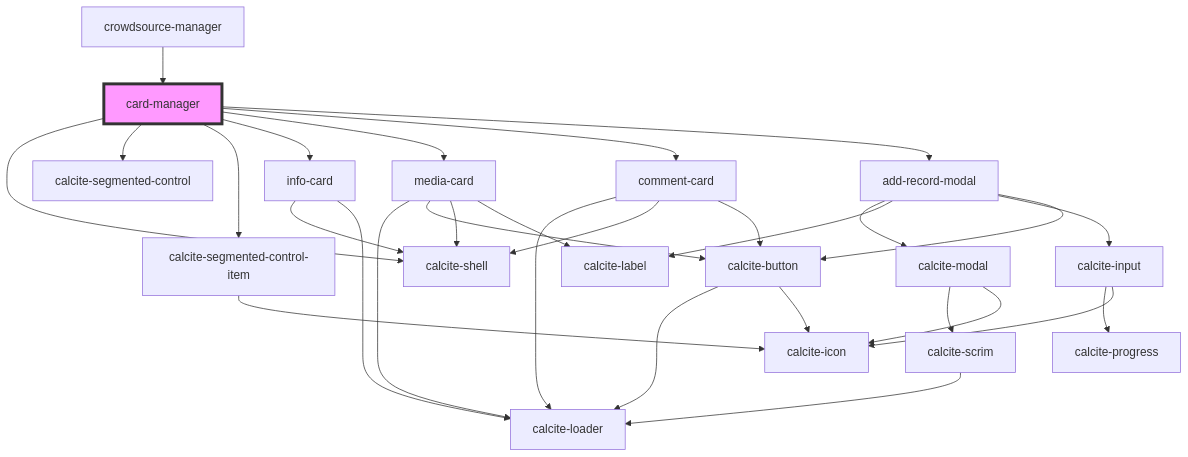
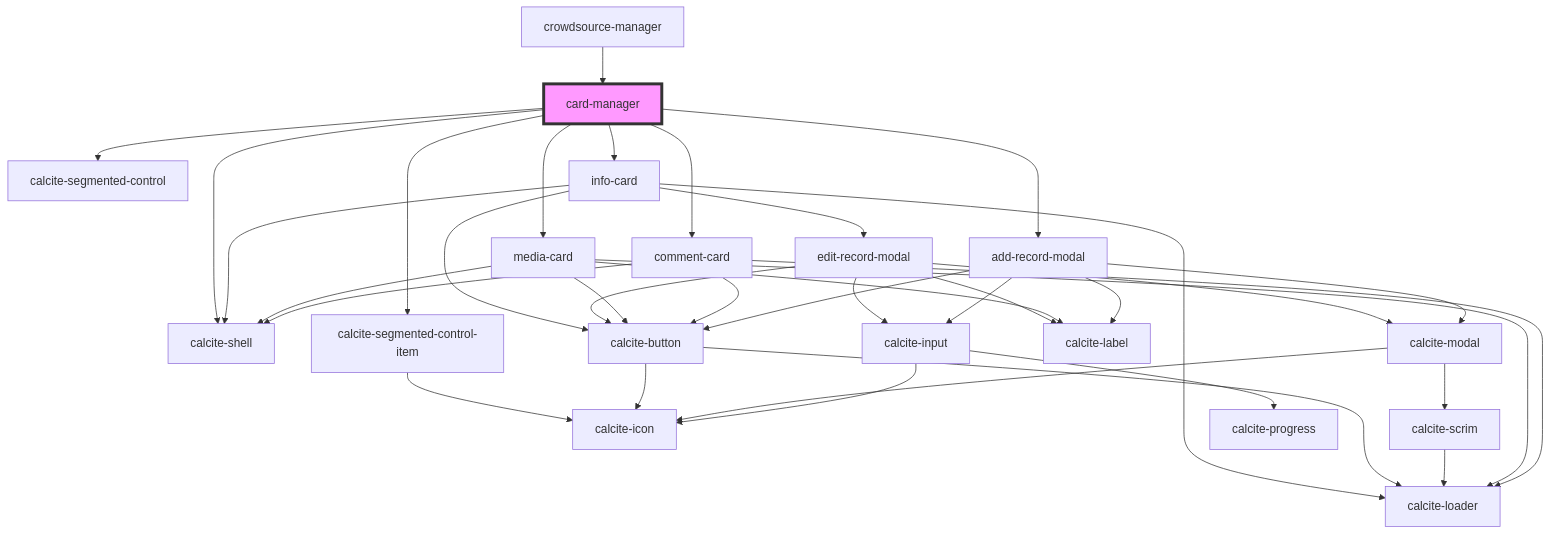
The diagram in src/components/card-manager/readme.md (Esri/solutions-components), drawn with Mermaid before and after one commit. The commit also changed 9 other files, not shown here.

Commit message:
add edit button

````diff
--- a/src/components/card-manager/readme.md
+++ b/src/components/card-manager/readme.md
@@ -35,33 +35,39 @@
 ```mermaid
 graph TD;
   card-manager --> calcite-shell
   card-manager --> calcite-segmented-control
   card-manager --> calcite-segmented-control-item
   card-manager --> info-card
   card-manager --> media-card
   card-manager --> comment-card
   card-manager --> add-record-modal
   calcite-segmented-control-item --> calcite-icon
   info-card --> calcite-shell
   info-card --> calcite-loader
+  info-card --> calcite-button
+  info-card --> edit-record-modal
+  calcite-button --> calcite-loader
+  calcite-button --> calcite-icon
+  edit-record-modal --> calcite-modal
+  edit-record-modal --> calcite-label
+  edit-record-modal --> calcite-button
+  edit-record-modal --> calcite-input
+  calcite-modal --> calcite-scrim
+  calcite-modal --> calcite-icon
+  calcite-scrim --> calcite-loader
+  calcite-input --> calcite-progress
+  calcite-input --> calcite-icon
   media-card --> calcite-loader
   media-card --> calcite-button
   media-card --> calcite-shell
   media-card --> calcite-label
-  calcite-button --> calcite-loader
-  calcite-button --> calcite-icon
   comment-card --> calcite-loader
   comment-card --> calcite-shell
   comment-card --> calcite-button
   add-record-modal --> calcite-modal
   add-record-modal --> calcite-label
   add-record-modal --> calcite-input
   add-record-modal --> calcite-button
-  calcite-modal --> calcite-scrim
-  calcite-modal --> calcite-icon
-  calcite-scrim --> calcite-loader
-  calcite-input --> calcite-progress
-  calcite-input --> calcite-icon
   crowdsource-manager --> card-manager
   style card-manager fill:#f9f,stroke:#333,stroke-width:4px
 ```
````
